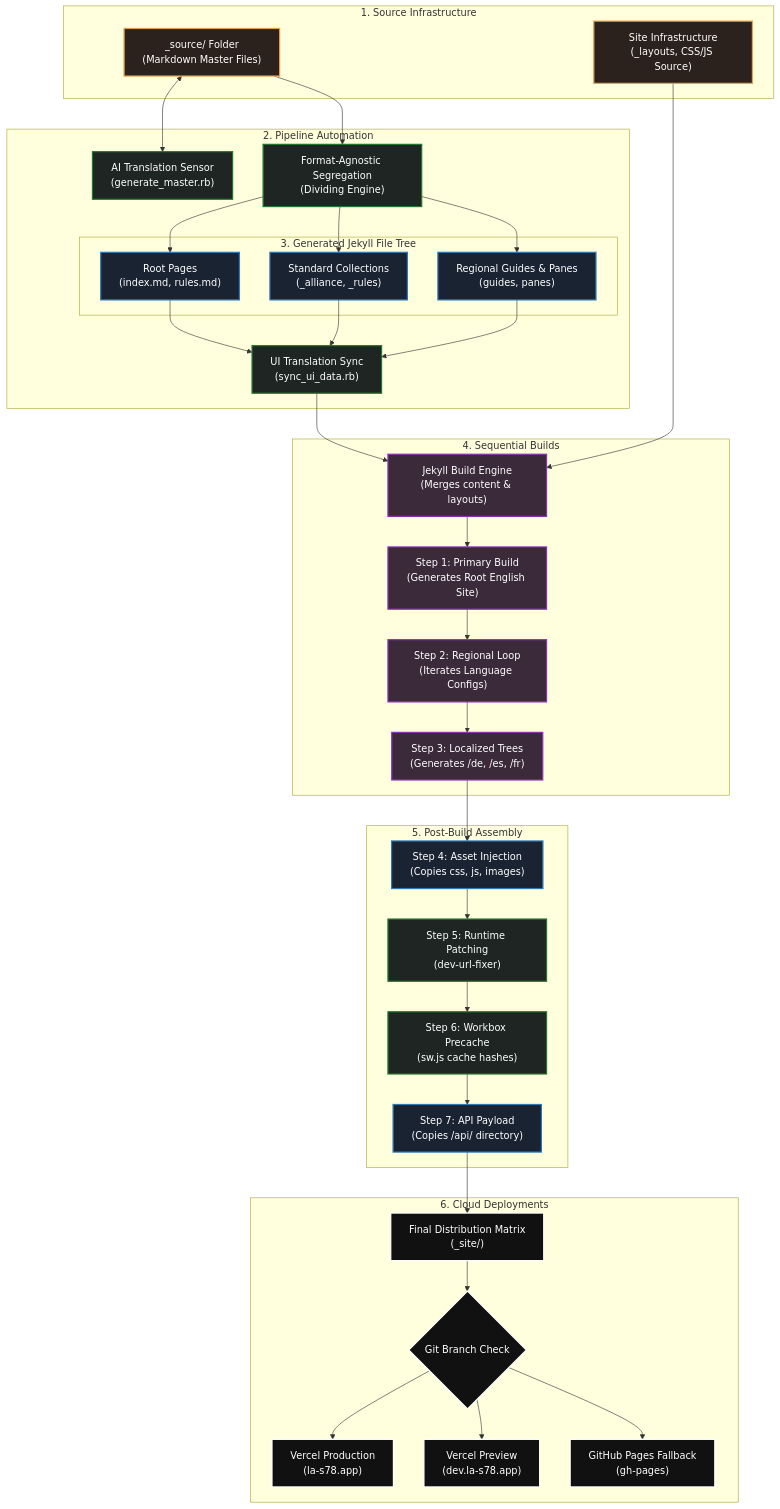
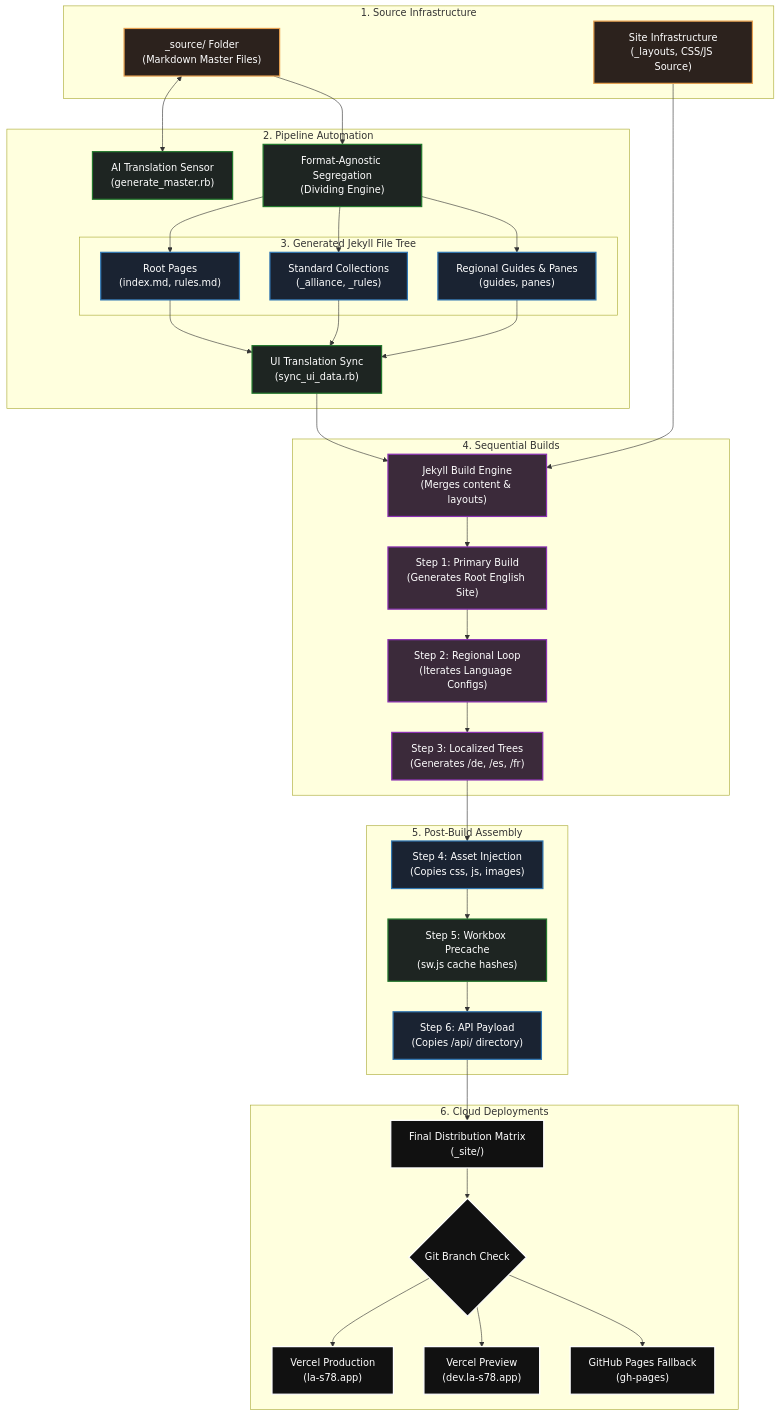
One commit to LA-S78/la-s78.github.io changed the diagram in test/architecture.md. Above: the diagram before and after it, drawn with Mermaid. The commit also changed 4 other files, not shown here.

First line of the commit message:
Remove dev-url-fixer.js; record test-pages decision

```diff
--- a/test/architecture.md
+++ b/test/architecture.md
@@ -10,81 +10,80 @@
   <pre class="mermaid">
     flowchart TD
     %% ===========================================================
     %% 1. Source Infrastructure
     %% ===========================================================
     subgraph Input_Phase [1. Source Infrastructure]
         A1[" _source/ Folder<br>(Markdown Master Files) "]
         A2[" Site Infrastructure<br>(_layouts, CSS/JS Source) "]
     end
 
     %% ===========================================================
     %% 2 & 3. Pipeline Automation (With Nested File Tree)
     %% ===========================================================
     subgraph Script_Engine [2. Pipeline Automation]
         B[" AI Translation Sensor<br>(generate_master.rb) "]
         C[" Format-Agnostic Segregation<br>(Dividing Engine) "]
         
         subgraph Asset_Tree [3. Generated Jekyll File Tree]
             E1[" Root Pages<br>(index.md, rules.md) "]
             E2[" Standard Collections<br>(_alliance, _rules) "]
             E3[" Regional Guides & Panes<br>(guides, panes) "]
         end
         
         D[" UI Translation Sync<br>(sync_ui_data.rb) "]
     end
 
     %% ===========================================================
     %% 4. Compilation Loop
     %% ===========================================================
     subgraph Compilation_Loop [4. Sequential Builds]
         F[" Jekyll Build Engine<br>(Merges content & layouts) "]
         G[" Step 1: Primary Build<br>(Generates Root English Site) "]
         H[" Step 2: Regional Loop<br>(Iterates Language Configs) "]
         I[" Step 3: Localized Trees<br>(Generates /de, /es, /fr) "]
     end
 
     %% ===========================================================
     %% 5. Post-Build Assembly
     %% ===========================================================
     subgraph Post_Processing [5. Post-Build Assembly]
         J1[" Step 4: Asset Injection<br>(Copies css, js, images) "]
-        J2[" Step 5: Runtime Patching<br>(dev-url-fixer) "]
-        J3[" Step 6: Workbox Precache<br>(sw.js cache hashes) "]
-        J4[" Step 7: API Payload<br>(Copies /api/ directory) "]
+        J3[" Step 5: Workbox Precache<br>(sw.js cache hashes) "]
+        J4[" Step 6: API Payload<br>(Copies /api/ directory) "]
     end
 
     %% ===========================================================
     %% 6. Cloud Deployments
     %% ===========================================================
     subgraph Cloud_Hosting [6. Cloud Deployments]
         K[" Final Distribution Matrix<br>(_site/) "]
         M{" Git Branch Check "}
         N[" Vercel Production<br>(la-s78.app) "]
         O[" Vercel Preview<br>(dev.la-s78.app) "]
         P[" GitHub Pages Fallback<br>(gh-pages) "]
     end
 
     %% Connections
     A1 <--> B
     A1 --> C
     C --> E1 & E2 & E3
     E1 & E2 & E3 --> D
     D --> F
     A2 --> F
     F --> G --> H --> I
-    I --> J1 --> J2 --> J3 --> J4
+    I --> J1 --> J3 --> J4
     J4 --> K --> M --> N & O & P
 
     %% Classes (Original Block Colors)
     classDef source fill:#2c221d,stroke:#e6a050,stroke-width:2px,color:#fff;
     classDef script fill:#1e2522,stroke:#23782d,stroke-width:2px,color:#fff;
     classDef jekyll fill:#3b2a3a,stroke:#8c32b4,stroke-width:2px,color:#fff;
     classDef asset fill:#1a2332,stroke:#3278b4,stroke-width:2px,color:#fff;
     classDef deploy fill:#111,stroke:#fff,stroke-width:2px,color:#fff;
 
     class A1,A2 source;
-    class B,C,D,J2,J3 script;
+    class B,C,D,J3 script;
     class F,G,H,I jekyll;
     class E1,E2,E3,J1,J4 asset;
     class K,M,N,O,P deploy;
   </pre>
```
